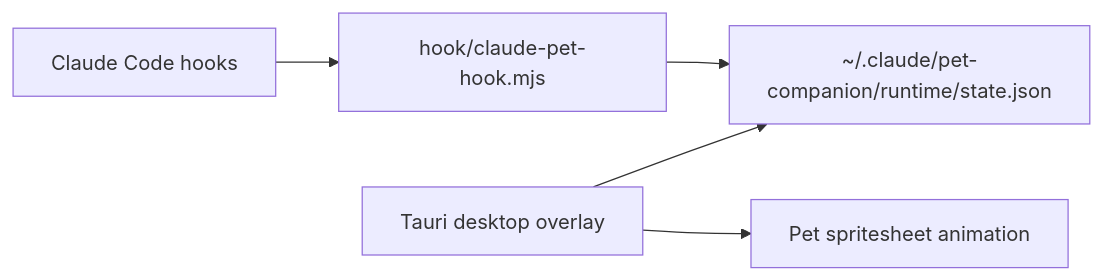
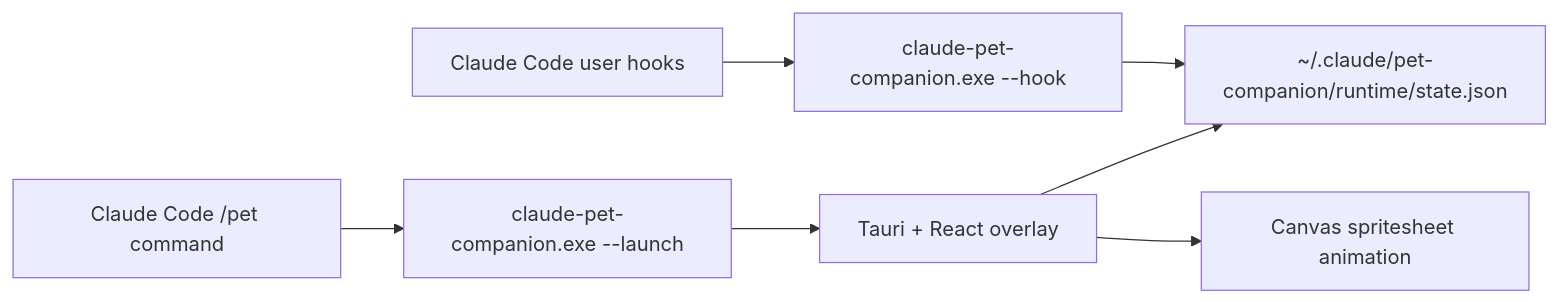
The diagram in README.md (zzp1221/claude-code-pet), drawn with Mermaid before and after one commit. The commit also changed other lines of this file and 1 other file, not shown here.

````diff
--- a/README.md
+++ b/README.md
@@ -18,7 +21,9 @@
 ```mermaid
 flowchart LR
-  A["Claude Code hooks"] --> B["hook/claude-pet-hook.mjs"]
+  A["Claude Code user hooks"] --> B["claude-pet-companion.exe --hook"]
   B --> C["~/.claude/pet-companion/runtime/state.json"]
-  D["Tauri desktop overlay"] --> C
-  D --> E["Pet spritesheet animation"]
+  D["Tauri + React overlay"] --> C
+  D --> E["Canvas spritesheet animation"]
+  F["Claude Code /pet command"] --> G["claude-pet-companion.exe --launch"]
+  G --> D
 ```
````
